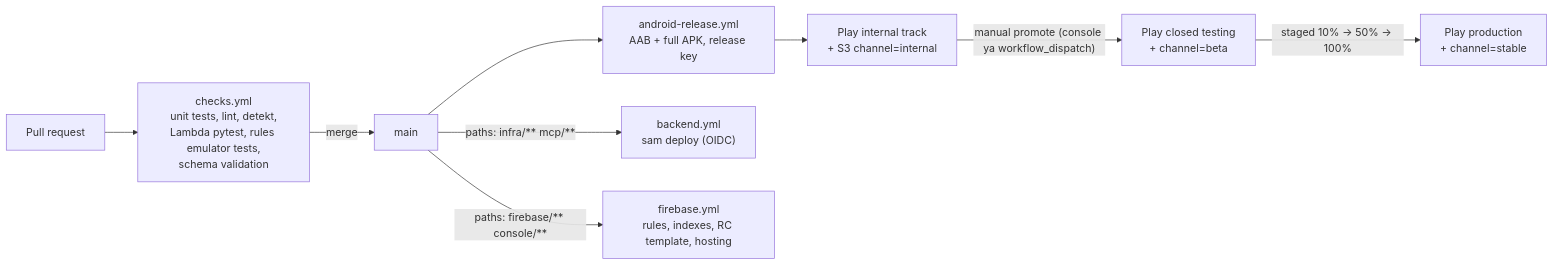
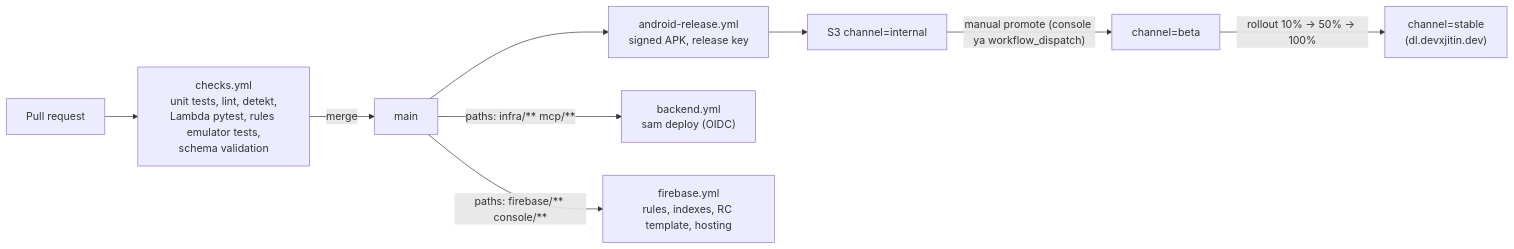
One commit to devxjitin/ultron-android changed the third of 3 diagrams in docs/ARCHITECTURE.md. Above: the diagram before and after it, drawn with Mermaid. The commit also changed other lines of this file and 1 other file, not shown here.

First line of the commit message:
docs: switch architecture to website distribution instead of Play Store

````diff
--- a/docs/ARCHITECTURE.md
+++ b/docs/ARCHITECTURE.md
@@ -400,11 +409,11 @@
 ```mermaid
 flowchart LR
   PR["Pull request"] --> CHK["checks.yml<br/>unit tests, lint, detekt,<br/>Lambda pytest, rules emulator tests,<br/>schema validation"]
   CHK -->|merge| MAIN["main"]
-  MAIN --> BUILD["android-release.yml<br/>AAB + full APK, release key"]
-  BUILD --> INT["Play internal track<br/>+ S3 channel=internal"]
-  INT -->|"manual promote (console ya workflow_dispatch)"| BETA["Play closed testing<br/>+ channel=beta"]
-  BETA -->|"staged 10% -> 50% -> 100%"| PROD["Play production<br/>+ channel=stable"]
+  MAIN --> BUILD["android-release.yml<br/>signed APK, release key"]
+  BUILD --> INT["S3 channel=internal"]
+  INT -->|"manual promote (console ya workflow_dispatch)"| BETA["channel=beta"]
+  BETA -->|"rollout 10% -> 50% -> 100%"| PROD["channel=stable<br/>(dl.devxjitin.dev)"]
   MAIN -->|"paths: infra/** mcp/**"| SAM["backend.yml<br/>sam deploy (OIDC)"]
   MAIN -->|"paths: firebase/** console/**"| FB["firebase.yml<br/>rules, indexes, RC template, hosting"]
 ```
````
